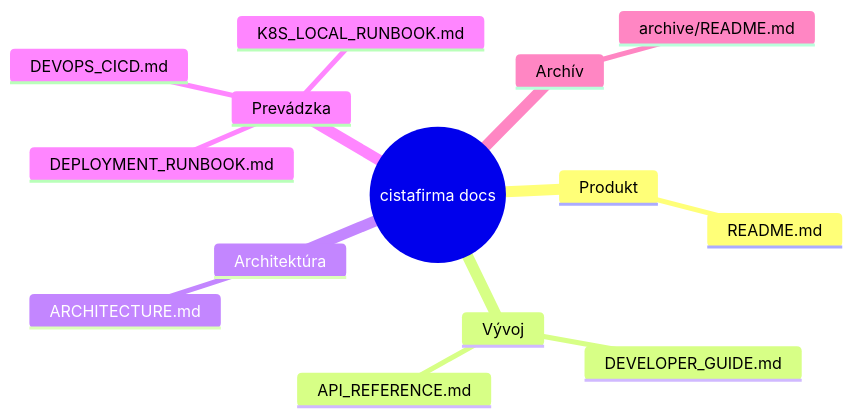
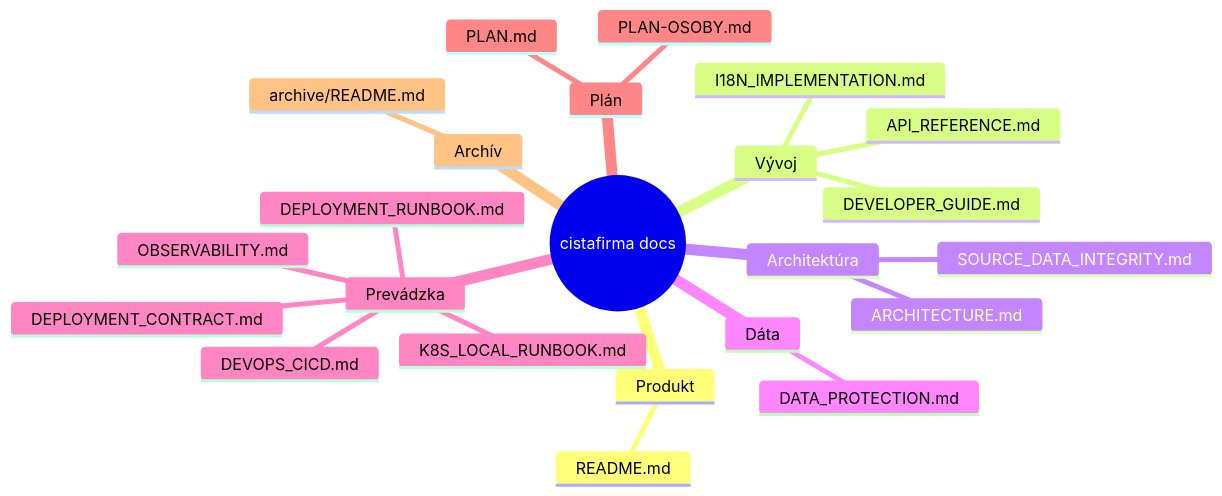
The diagram in docs/README.md (xsugra/cistafirma.sk), drawn with Mermaid before and after one commit. The commit also changed other lines of this file, not shown here.

````diff
--- a/docs/README.md
+++ b/docs/README.md
@@ -20,17 +28,26 @@
 ```mermaid
 mindmap
   root((cistafirma docs))
     Produkt
       README.md
     Vývoj
       DEVELOPER_GUIDE.md
       API_REFERENCE.md
+      I18N_IMPLEMENTATION.md
     Architektúra
       ARCHITECTURE.md
+      SOURCE_DATA_INTEGRITY.md
+    Dáta
+      DATA_PROTECTION.md
     Prevádzka
+      OBSERVABILITY.md
       DEVOPS_CICD.md
       DEPLOYMENT_RUNBOOK.md
       K8S_LOCAL_RUNBOOK.md
+      DEPLOYMENT_CONTRACT.md
+    Plán
+      PLAN.md
+      PLAN-OSOBY.md
     Archív
       archive/README.md
 ```
````
